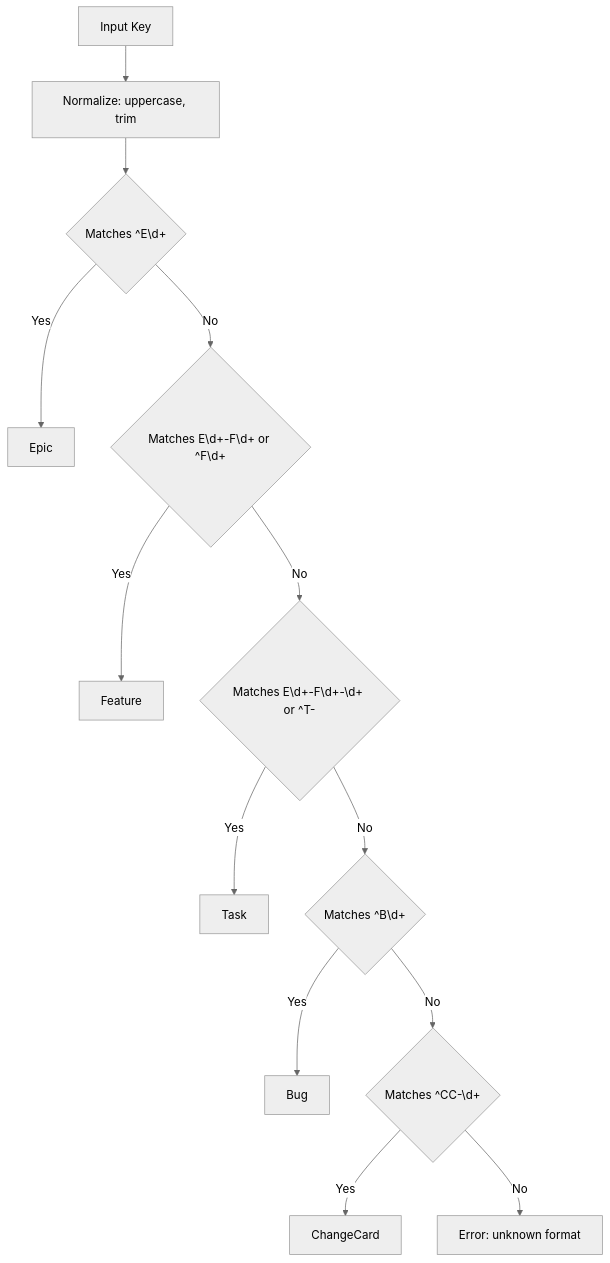
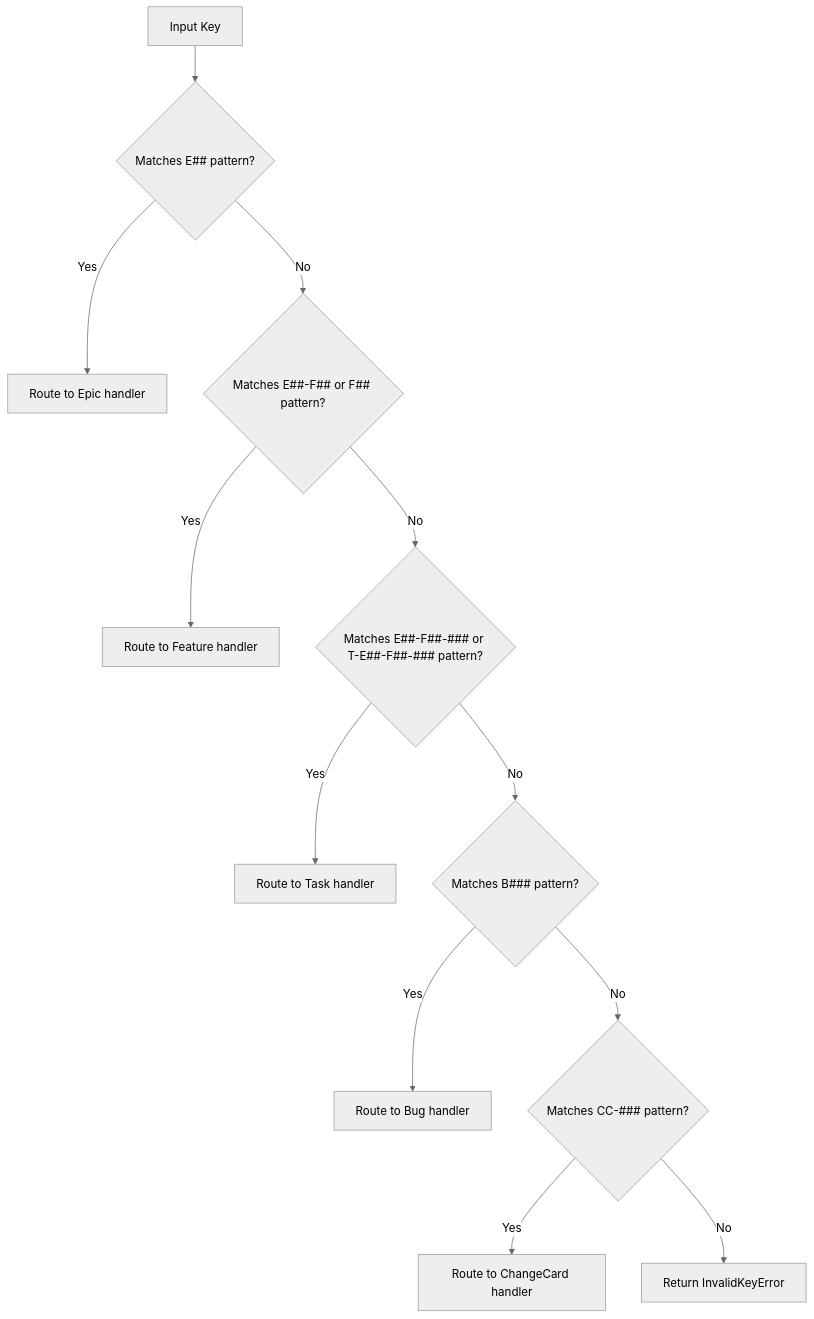
One commit to jwwelbor/shark-task-manager changed the second of 8 diagrams in brownfield-docs/behavior/decision-logic.md. Above: the diagram before and after it, drawn with Mermaid (neutral theme). The commit also changed other lines of this file and 47 other files, not shown here.

````diff
--- a/brownfield-docs/behavior/decision-logic.md
+++ b/brownfield-docs/behavior/decision-logic.md
@@ -11,15 +36,14 @@
 ```mermaid
 flowchart TD
-    KEY[Input Key] --> NORM[Normalize: uppercase, trim]
-    NORM --> RE_EPIC{Matches ^E\d+}
-    RE_EPIC -->|Yes| EPIC[Epic]
-    RE_EPIC -->|No| RE_FEAT{Matches E\d+-F\d+ or ^F\d+}
-    RE_FEAT -->|Yes| FEAT[Feature]
-    RE_FEAT -->|No| RE_TASK{Matches E\d+-F\d+-\d+ or ^T-}
-    RE_TASK -->|Yes| TASK[Task]
-    RE_TASK -->|No| RE_BUG{Matches ^B\d+}
-    RE_BUG -->|Yes| BUG[Bug]
-    RE_BUG -->|No| RE_CC{Matches ^CC-\d+}
-    RE_CC -->|Yes| CC[ChangeCard]
-    RE_CC -->|No| ERR[Error: unknown format]
+    A[Input Key] --> B{Matches E## pattern?}
+    B -->|Yes| C[Route to Epic handler]
+    B -->|No| D{Matches E##-F## or F## pattern?}
+    D -->|Yes| E[Route to Feature handler]
+    D -->|No| F{Matches E##-F##-### or T-E##-F##-### pattern?}
+    F -->|Yes| G[Route to Task handler]
+    F -->|No| H{Matches B### pattern?}
+    H -->|Yes| I[Route to Bug handler]
+    H -->|No| J{Matches CC-### pattern?}
+    J -->|Yes| K[Route to ChangeCard handler]
+    J -->|No| L[Return InvalidKeyError]
 ```
````
